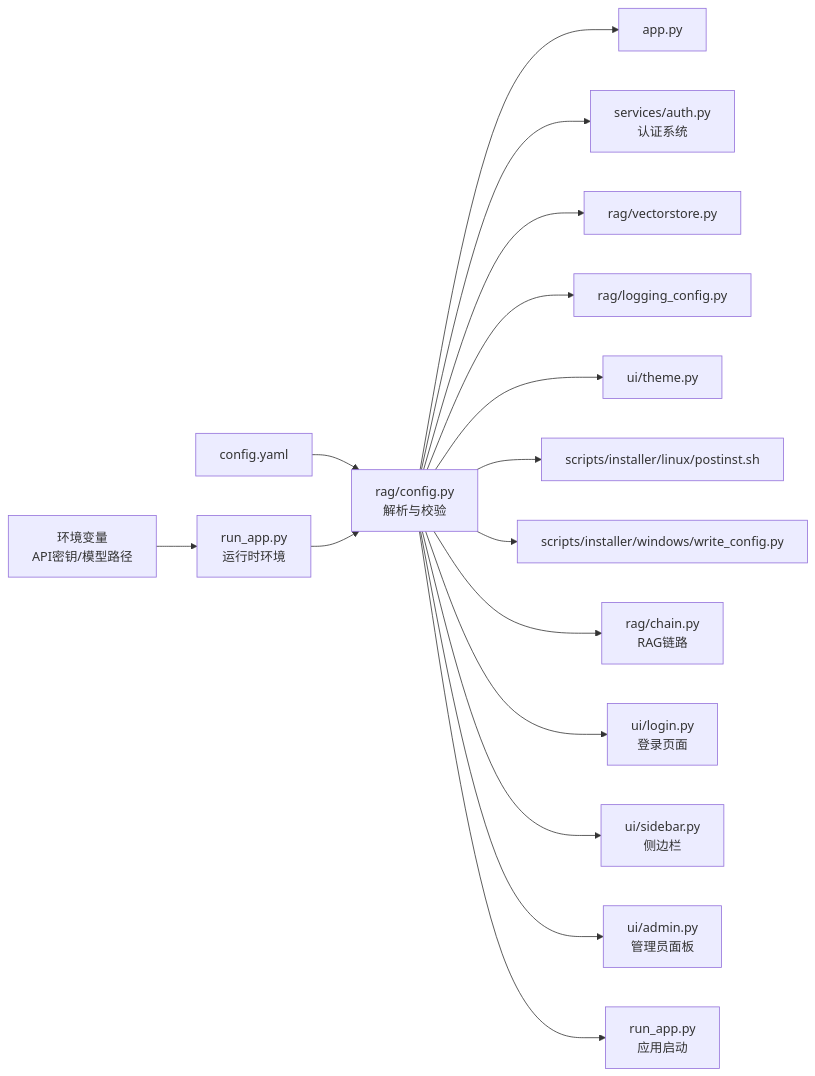
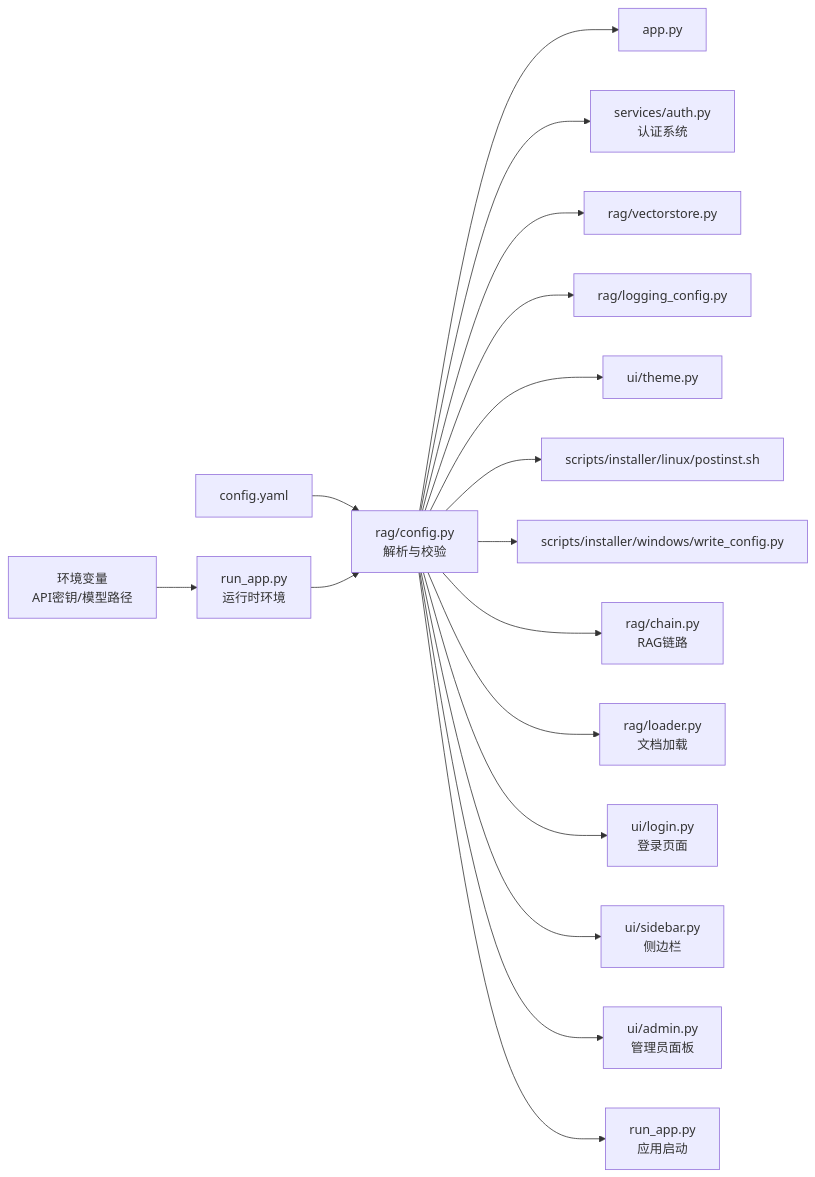
Before and after one commit to joyafa/knowledge: the seventh of 7 diagrams in .qoder/repowiki/zh/content/RAG核心引擎/配置管理系统.md, drawn with Mermaid. The commit also changed other lines of this file and 20 other files, not shown here.

````diff
--- a/.qoder/repowiki/zh/content/RAG核心引擎/配置管理系统.md
+++ b/.qoder/repowiki/zh/content/RAG核心引擎/配置管理系统.md
@@ -446,18 +485,19 @@
 ```mermaid
 graph LR
 cfg["config.yaml"] --> parse["rag/config.py<br/>解析与校验"]
 env["环境变量<br/>API密钥/模型路径"] --> runtime["run_app.py<br/>运行时环境"]
 runtime --> parse
 parse --> app["app.py"]
 parse --> auth["services/auth.py<br/>认证系统"]
 parse --> vs["rag/vectorstore.py"]
 parse --> log["rag/logging_config.py"]
 parse --> theme["ui/theme.py"]
 parse --> lnx["scripts/installer/linux/postinst.sh"]
 parse --> win["scripts/installer/windows/write_config.py"]
 parse --> chain["rag/chain.py<br/>RAG链路"]
+parse --> loader["rag/loader.py<br/>文档加载"]
 parse --> login["ui/login.py<br/>登录页面"]
 parse --> sidebar["ui/sidebar.py<br/>侧边栏"]
 parse --> admin["ui/admin.py<br/>管理员面板"]
 parse --> runapp["run_app.py<br/>应用启动"]
 ```
````
